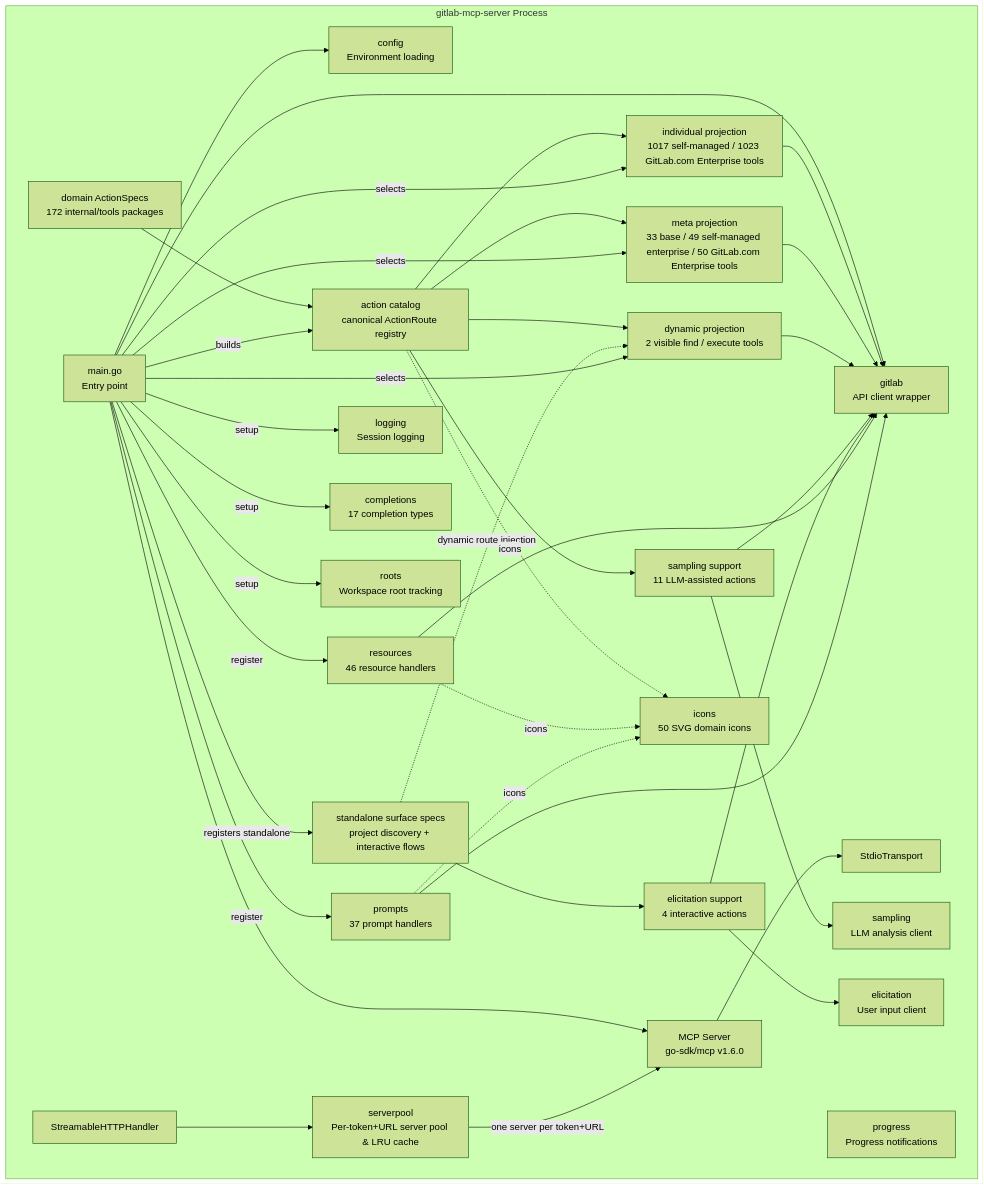
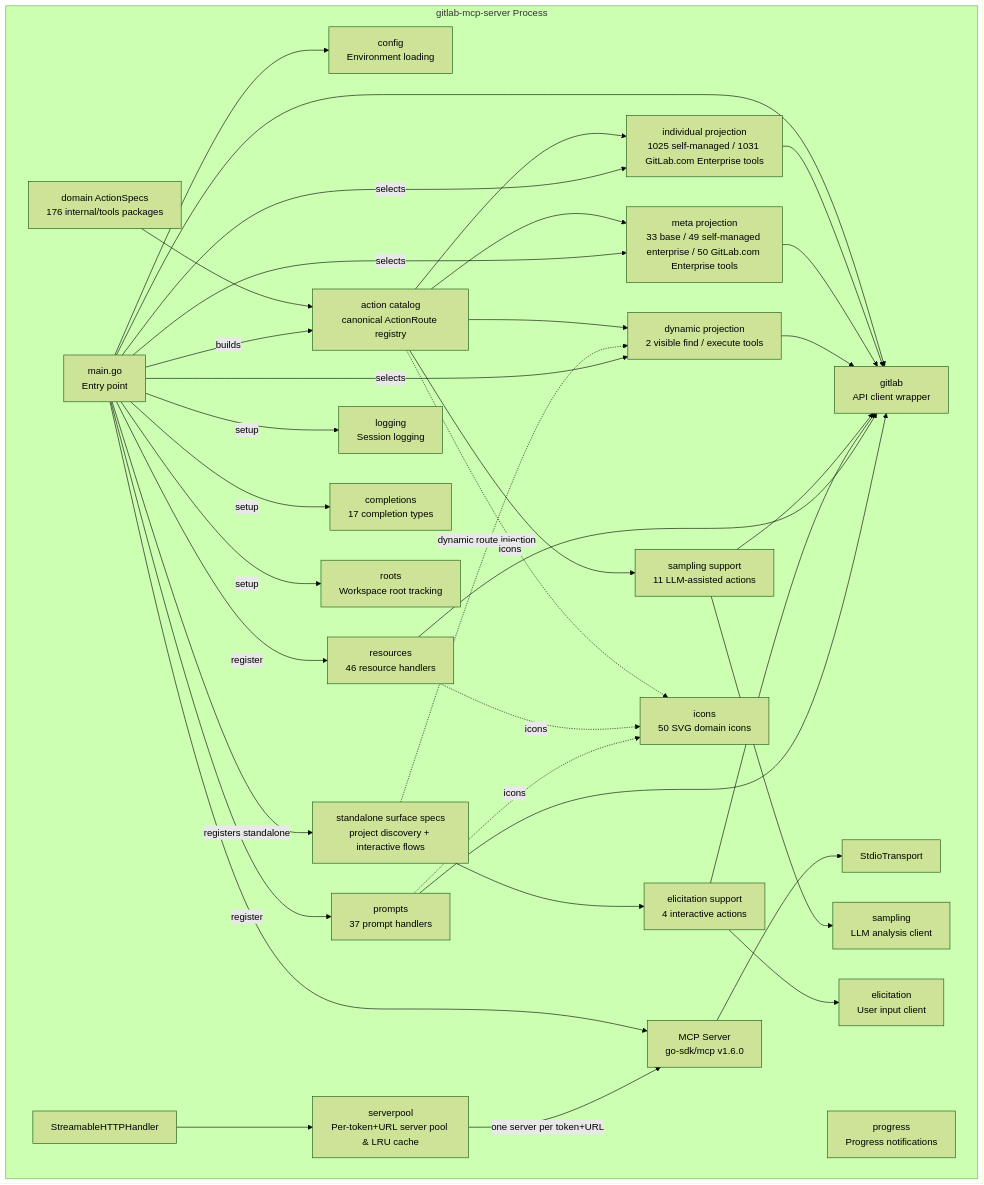
Before and after one commit to jmrplens/gitlab-mcp-server: the third of 11 diagrams in docs/architecture.md, drawn with Mermaid (forest theme). The commit also changed other lines of this file and 626 other files, not shown here.

````diff
--- a/docs/architecture.md
+++ b/docs/architecture.md
@@ -64,65 +64,65 @@
 ```mermaid
 graph TD
     subgraph "gitlab-mcp-server Process"
         MAIN[main.go<br/>Entry point]
         CFG[config<br/>Environment loading]
         GL[gitlab<br/>API client wrapper]
-        SPECS[domain ActionSpecs<br/>172 internal/tools packages]
+        SPECS[domain ActionSpecs<br/>176 internal/tools packages]
         CATALOG[action catalog<br/>canonical ActionRoute registry]
         STANDALONE[standalone surface specs<br/>project discovery + interactive flows]
-        IND[individual projection<br/>1017 self-managed / 1023 GitLab.com Enterprise tools]
+        IND[individual projection<br/>1025 self-managed / 1031 GitLab.com Enterprise tools]
         META[meta projection<br/>33 base / 49 self-managed enterprise / 50 GitLab.com Enterprise tools]
         DYN[dynamic projection<br/>2 visible find / execute tools]
         SAMP[sampling support<br/>11 LLM-assisted actions]
         ELIC[elicitation support<br/>4 interactive actions]
         RES[resources<br/>46 resource handlers]
         PROMPTS[prompts<br/>37 prompt handlers]
         LOG[logging<br/>Session logging]
         COMP[completions<br/>17 completion types]
         ROOTS[roots<br/>Workspace root tracking]
         PROG[progress<br/>Progress notifications]
         SAMPLING[sampling<br/>LLM analysis client]
         ELICIT[elicitation<br/>User input client]
         ICN[icons<br/>50 SVG domain icons]
         SRV[MCP Server<br/>go-sdk/mcp v1.6.0]
         STDIO[StdioTransport]
         HTTP[StreamableHTTPHandler]
         POOL[serverpool<br/>Per-token+URL server pool & LRU cache]
     end
 
     MAIN --> CFG
     MAIN --> GL
     MAIN --> SRV
     SRV --> STDIO
     HTTP --> POOL
     POOL -->|one server per token+URL| SRV
     SPECS --> CATALOG
     CATALOG --> IND
     CATALOG --> META
     CATALOG --> DYN
     CATALOG --> SAMP
     STANDALONE --> ELIC
     STANDALONE -.->|dynamic route injection| DYN
     IND --> GL
     META --> GL
     DYN --> GL
     SAMP --> GL
     ELIC --> GL
     SAMP --> SAMPLING
     ELIC --> ELICIT
     RES --> GL
     PROMPTS --> GL
     MAIN -->|builds| CATALOG
     MAIN -->|selects| IND
     MAIN -->|selects| META
     MAIN -->|selects| DYN
     MAIN -->|registers standalone| STANDALONE
     MAIN -->|register| RES
     MAIN -->|register| PROMPTS
     CATALOG -.->|icons| ICN
     RES -.->|icons| ICN
     PROMPTS -.->|icons| ICN
     MAIN -->|setup| LOG
     MAIN -->|setup| COMP
     MAIN -->|setup| ROOTS
 ```
````
